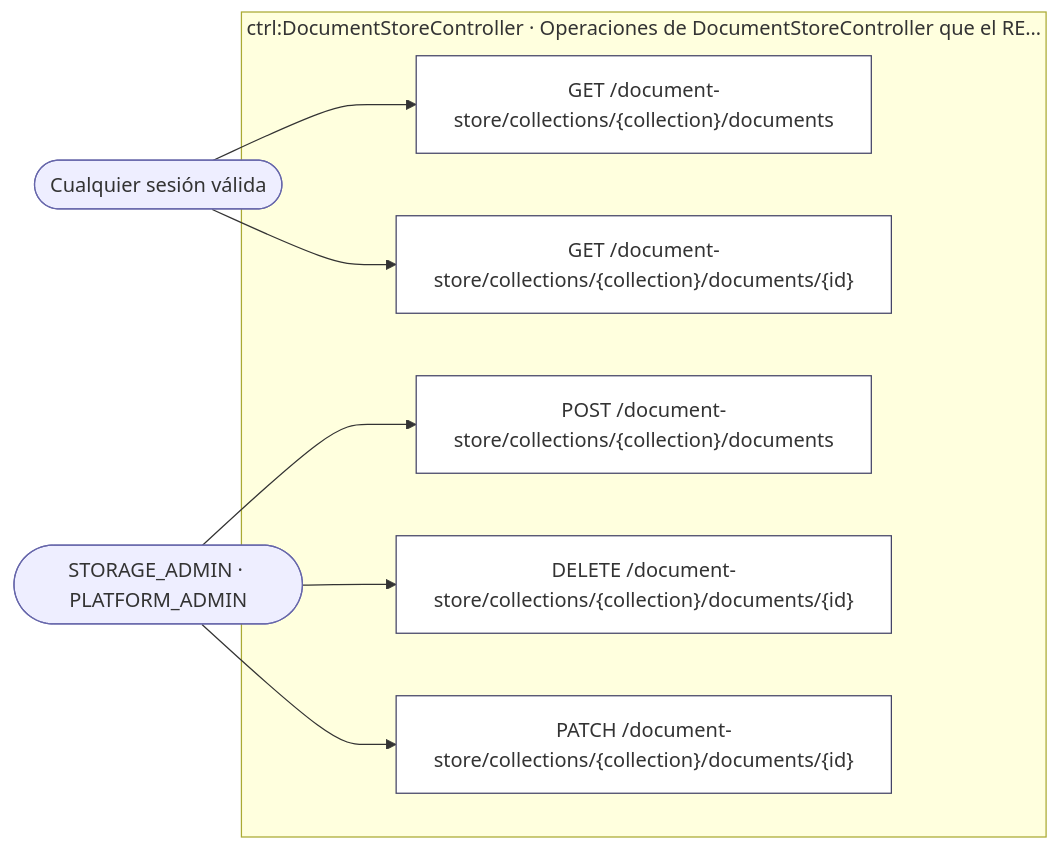
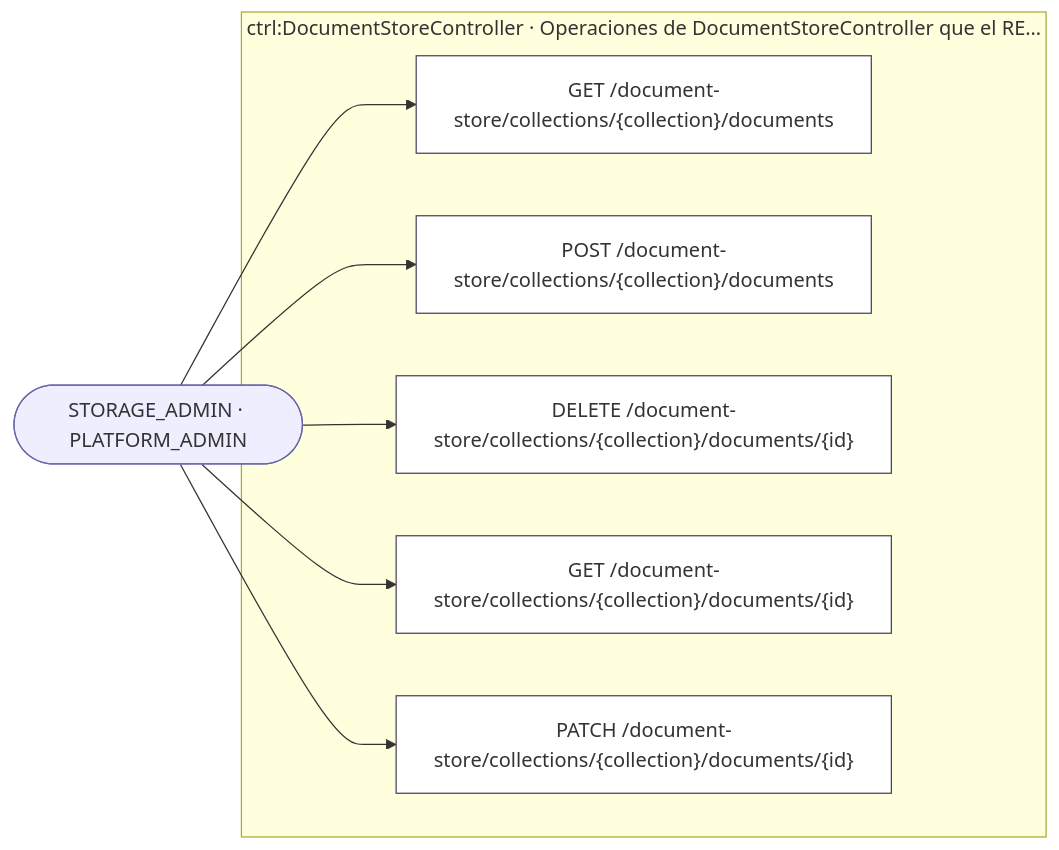
Before and after one commit to mdavila-2001/mantra-core-health-api: the first of 6 diagrams in docs/inventario/flujos/document_store.md, drawn with Mermaid. The commit also changed other lines of this file and 438 other files, not shown here.

````diff
--- a/docs/inventario/flujos/document_store.md
+++ b/docs/inventario/flujos/document_store.md
@@ -34,21 +34,20 @@
 ```mermaid
 flowchart LR
-  a2(["Cualquier sesión válida"]):::actor
-  a4(["STORAGE_ADMIN · PLATFORM_ADMIN"]):::actor
+  a2(["STORAGE_ADMIN · PLATFORM_ADMIN"]):::actor
   subgraph s0["ctrl:DocumentStoreController · Operaciones de DocumentStoreController que el RE…"]
     o1["GET /document-store/collections/{collection}/documents"]:::op
     o3["POST /document-store/collections/{collection}/documents"]:::op
-    o5["DELETE /document-store/collections/{collection}/documents/{id}"]:::op
-    o6["GET /document-store/collections/{collection}/documents/{id}"]:::op
-    o7["PATCH /document-store/collections/{collection}/documents/{id}"]:::op
+    o4["DELETE /document-store/collections/{collection}/documents/{id}"]:::op
+    o5["GET /document-store/collections/{collection}/documents/{id}"]:::op
+    o6["PATCH /document-store/collections/{collection}/documents/{id}"]:::op
   end
   a2 --> o1
-  a4 --> o3
-  a4 --> o5
+  a2 --> o3
+  a2 --> o4
+  a2 --> o5
   a2 --> o6
-  a4 --> o7
   classDef op fill:#fff,stroke:#446
   classDef actor fill:#eef,stroke:#66a
   classDef tabla fill:#ffd,stroke:#aa3
   classDef evento fill:#efe,stroke:#3a3
 ```
````
